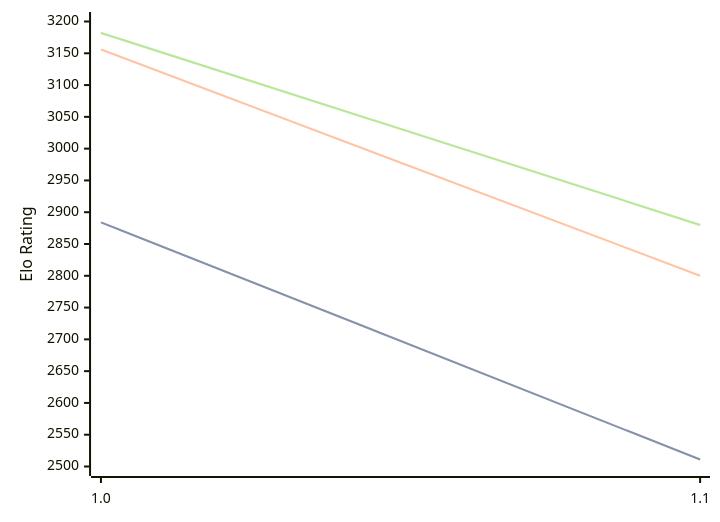
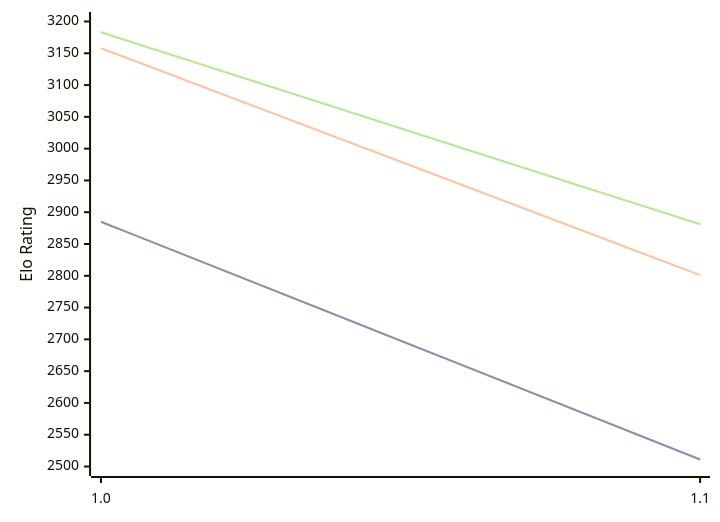
One commit to computer-chess-index/cci changed the diagram in engines/Publius.md. Above: the diagram before and after it, drawn with Mermaid. The commit also changed other lines of this file, not shown here.

Commit message:
Update CCI Ratings (ELO VLTC) - 2026-05-12

````diff
--- a/engines/Publius.md
+++ b/engines/Publius.md
@@ -32,11 +32,11 @@
 ```mermaid
 %%{init: {"theme":"base","themeVariables":{"seriesColors:['#a3a3a3','#222221','#faa371']}}}%%
 xychart-beta
   x-axis ["1.0", "1.1"]
   y-axis "Elo Rating" 2500 --> 3200
-  line "STC (8.0+0.08s)" [2884, 2511]
-  line "STC (8.0+0.08s)" [2884, 2511]
-  line "LTC (60.0+0.60s)" [3156, 2800]
-  line "VLTC (2m24s+1.12s)" [3182, 2880]
-  line "VLTC (2m24s+1.12s)" [3182, 2880]
+  line "STC (8.0+0.08s)" [2885, 2511]
+  line "STC (8.0+0.08s)" [2885, 2511]
+  line "LTC (60.0+0.60s)" [3158, 2801]
+  line "VLTC (2m24s+1.12s)" [3183, 2881]
+  line "VLTC (2m24s+1.12s)" [3183, 2881]
 ```
````
